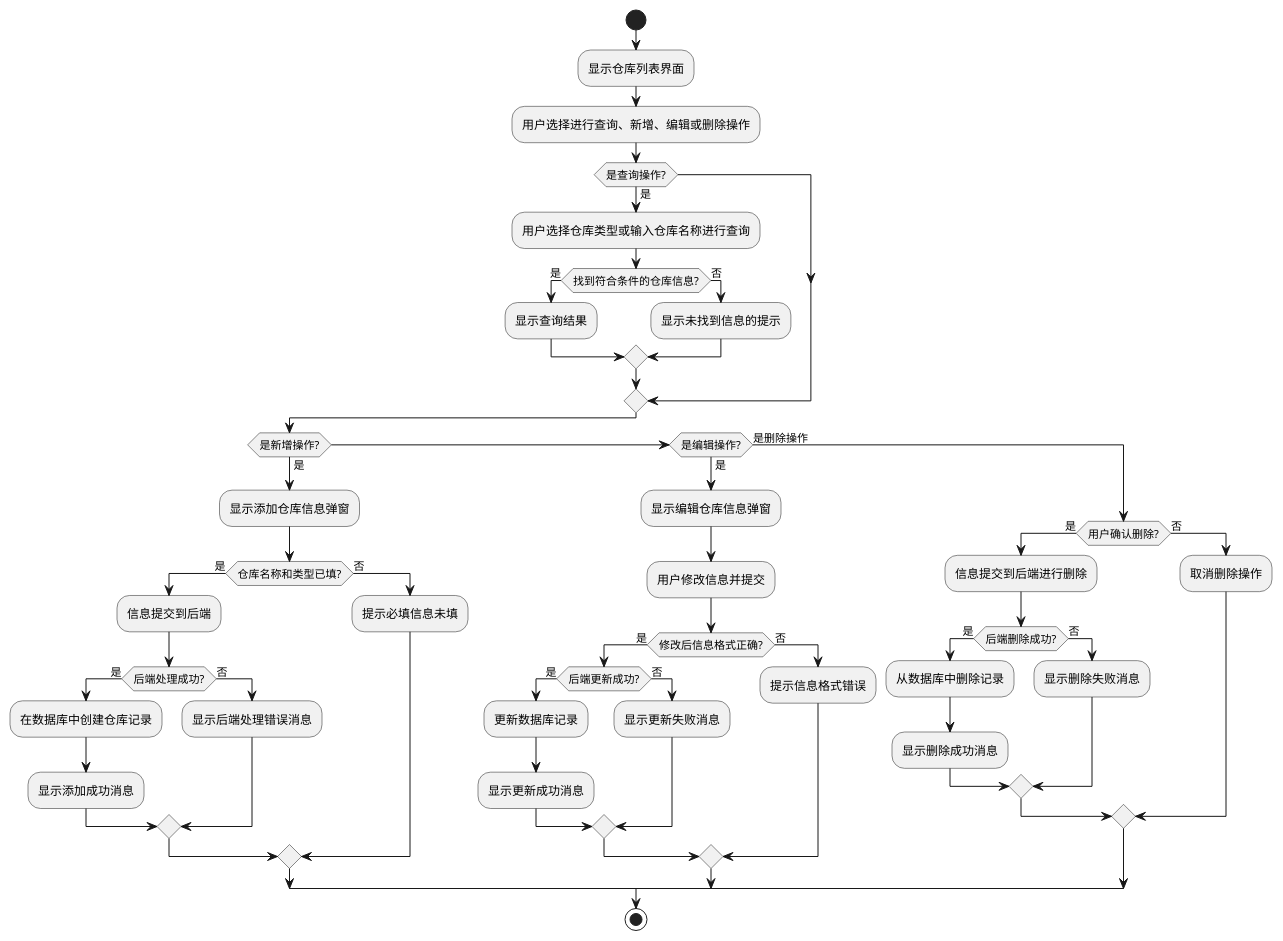
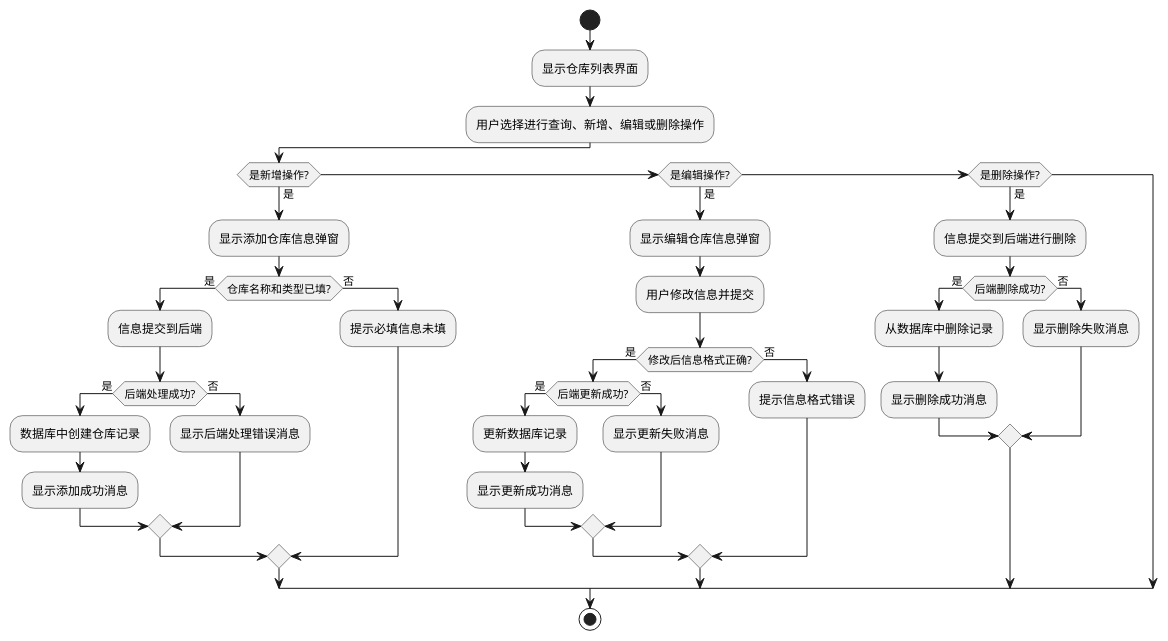
The diagram in 图/仓库管理流程图.puml (liyijia220/kuaidi), drawn with PlantUML before and after one commit. The commit also changed 7 other files, not shown here.

```diff
--- a/图/仓库管理流程图.puml
+++ b/图/仓库管理流程图.puml
@@ -1,60 +1,45 @@
 @startuml
 
 start
 
 :显示仓库列表界面;
-
 :用户选择进行查询、新增、编辑或删除操作;
-
-if (是查询操作?) then (是)
-  :用户选择仓库类型或输入仓库名称进行查询;
-  if (找到符合条件的仓库信息?) then (是)
-    :显示查询结果;
-  else (否)
-    :显示未找到信息的提示;
-  endif
-else
-endif
 
 if (是新增操作?) then (是)
   :显示添加仓库信息弹窗;
   if (仓库名称和类型已填?) then (是)
     :信息提交到后端;
     if (后端处理成功?) then (是)
-      :在数据库中创建仓库记录;
+      :数据库中创建仓库记录;
       :显示添加成功消息;
     else (否)
       :显示后端处理错误消息;
     endif
   else (否)
     :提示必填信息未填;
   endif
 else if (是编辑操作?) then (是)
   :显示编辑仓库信息弹窗;
   :用户修改信息并提交;
   if (修改后信息格式正确?) then (是)
     if (后端更新成功?) then (是)
       :更新数据库记录;
       :显示更新成功消息;
     else (否)
       :显示更新失败消息;
     endif
   else (否)
     :提示信息格式错误;
   endif
-else (是删除操作)
-  if (用户确认删除?) then (是)
-    :信息提交到后端进行删除;
-    if (后端删除成功?) then (是)
-      :从数据库中删除记录;
-      :显示删除成功消息;
-    else (否)
-      :显示删除失败消息;
-    endif
+else if (是删除操作?) then (是)
+  :信息提交到后端进行删除;
+  if (后端删除成功?) then (是)
+    :从数据库中删除记录;
+    :显示删除成功消息;
   else (否)
-    :取消删除操作;
+    :显示删除失败消息;
   endif
 endif
 
 stop
 @enduml
```
